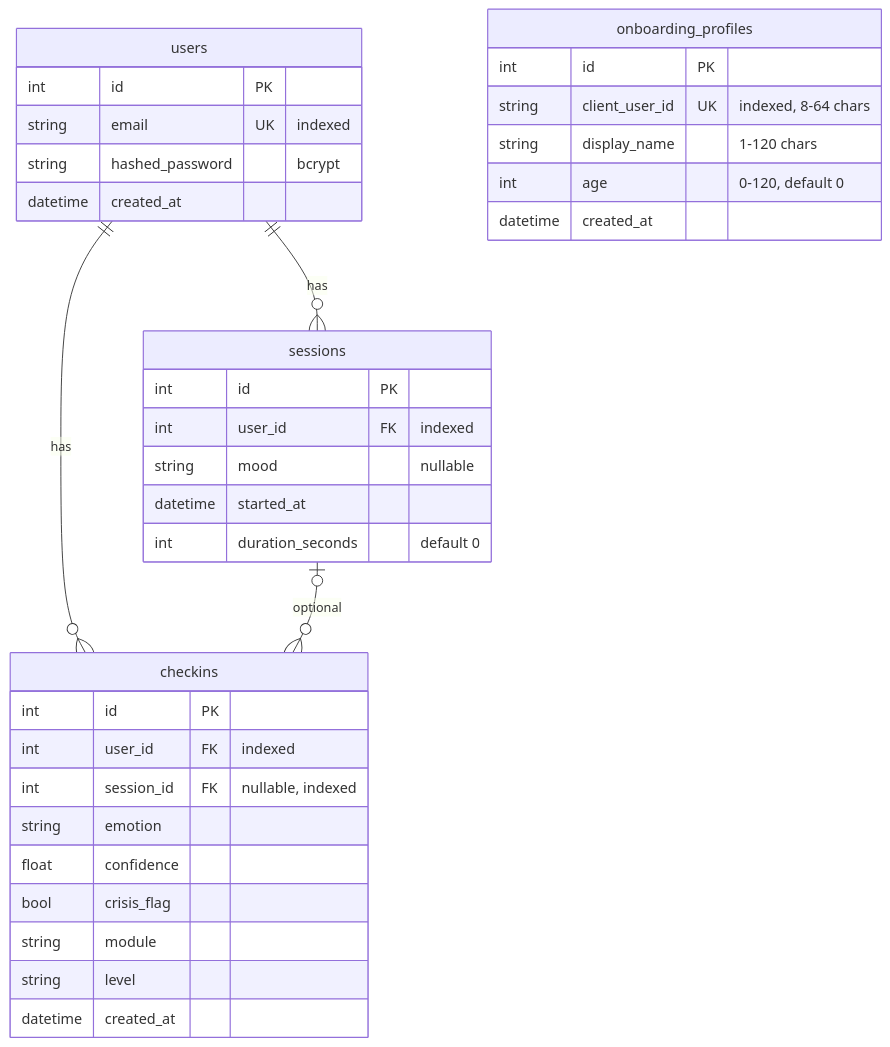
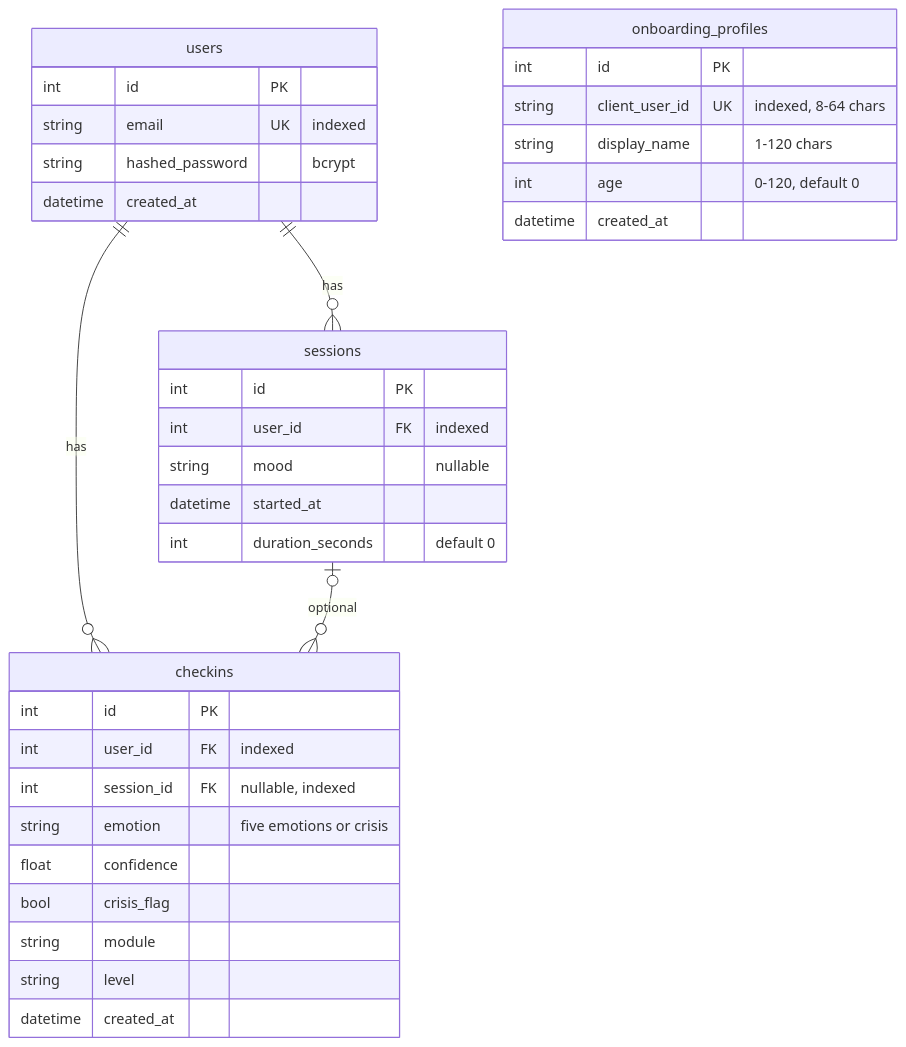
The diagram in Docs/DatabaseSchema.md (psychicDree/CortexAI), drawn with Mermaid before and after one commit. The commit also changed other lines of this file and 3 other files, not shown here.

````diff
--- a/Docs/DatabaseSchema.md
+++ b/Docs/DatabaseSchema.md
@@ -9,37 +9,37 @@
 ```mermaid
 erDiagram
   users ||--o{ sessions : "has"
   users ||--o{ checkins : "has"
   sessions |o--o{ checkins : "optional"
   users {
     int id PK
     string email UK "indexed"
     string hashed_password "bcrypt"
     datetime created_at
   }
   sessions {
     int id PK
     int user_id FK "indexed"
     string mood "nullable"
     datetime started_at
     int duration_seconds "default 0"
   }
   checkins {
     int id PK
     int user_id FK "indexed"
     int session_id FK "nullable, indexed"
-    string emotion
+    string emotion "five emotions or crisis"
     float confidence
     bool crisis_flag
     string module
     string level
     datetime created_at
   }
   onboarding_profiles {
     int id PK
     string client_user_id UK "indexed, 8-64 chars"
     string display_name "1-120 chars"
     int age "0-120, default 0"
     datetime created_at
   }
 ```
````
